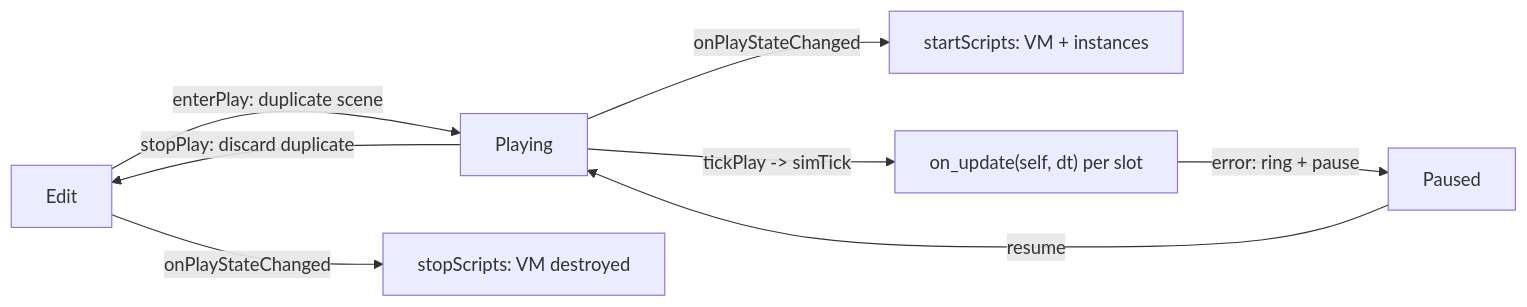
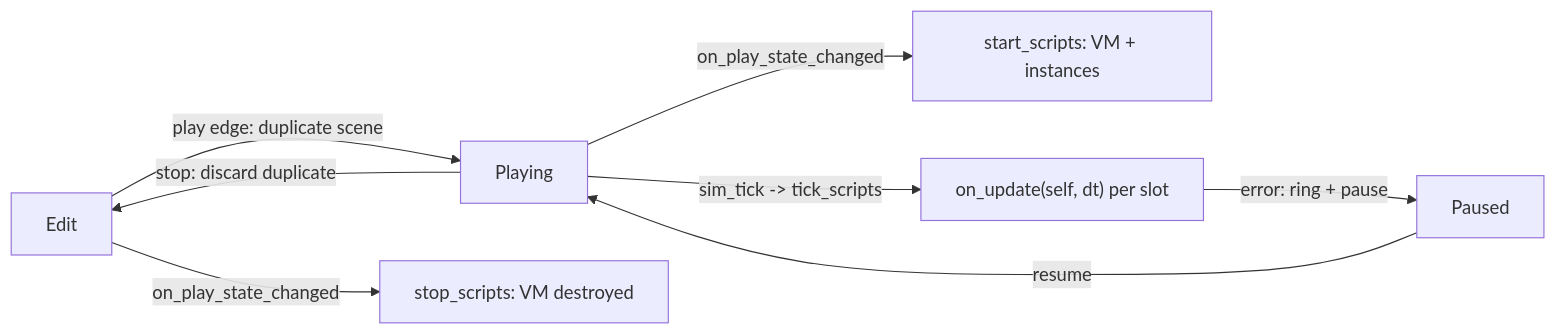
The diagram in docs/content/explanations/scripting/script-components-and-runtime.md (saffronjam/saffron-anima), drawn with Mermaid before and after one commit. The commit also changed other lines of this file and 3 other files, not shown here.

````diff
--- a/docs/content/explanations/scripting/script-components-and-runtime.md
+++ b/docs/content/explanations/scripting/script-components-and-runtime.md
@@ -43,10 +44,10 @@
 ```mermaid
 flowchart LR
-    A[Edit] -->|enterPlay: duplicate scene| B[Playing]
-    B -->|onPlayStateChanged| C[startScripts: VM + instances]
-    B -->|tickPlay -> simTick| D["on_update(self, dt) per slot"]
+    A[Edit] -->|play edge: duplicate scene| B[Playing]
+    B -->|on_play_state_changed| C[start_scripts: VM + instances]
+    B -->|sim_tick -> tick_scripts| D["on_update(self, dt) per slot"]
     D -->|error: ring + pause| E[Paused]
     E -->|resume| B
-    B -->|stopPlay: discard duplicate| A
-    A -->|onPlayStateChanged| F[stopScripts: VM destroyed]
+    B -->|stop: discard duplicate| A
+    A -->|on_play_state_changed| F[stop_scripts: VM destroyed]
 ```
````
